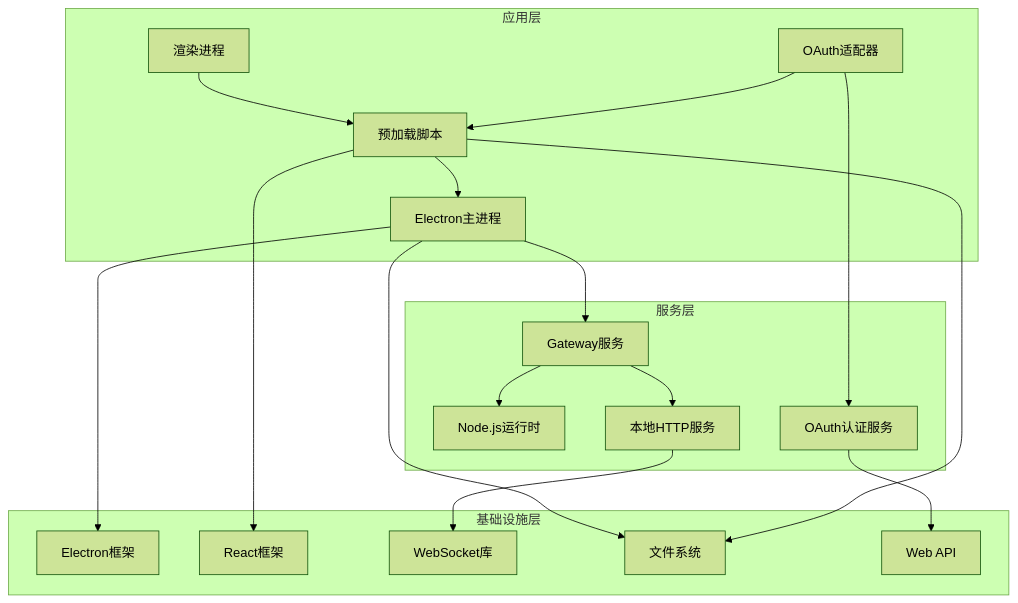
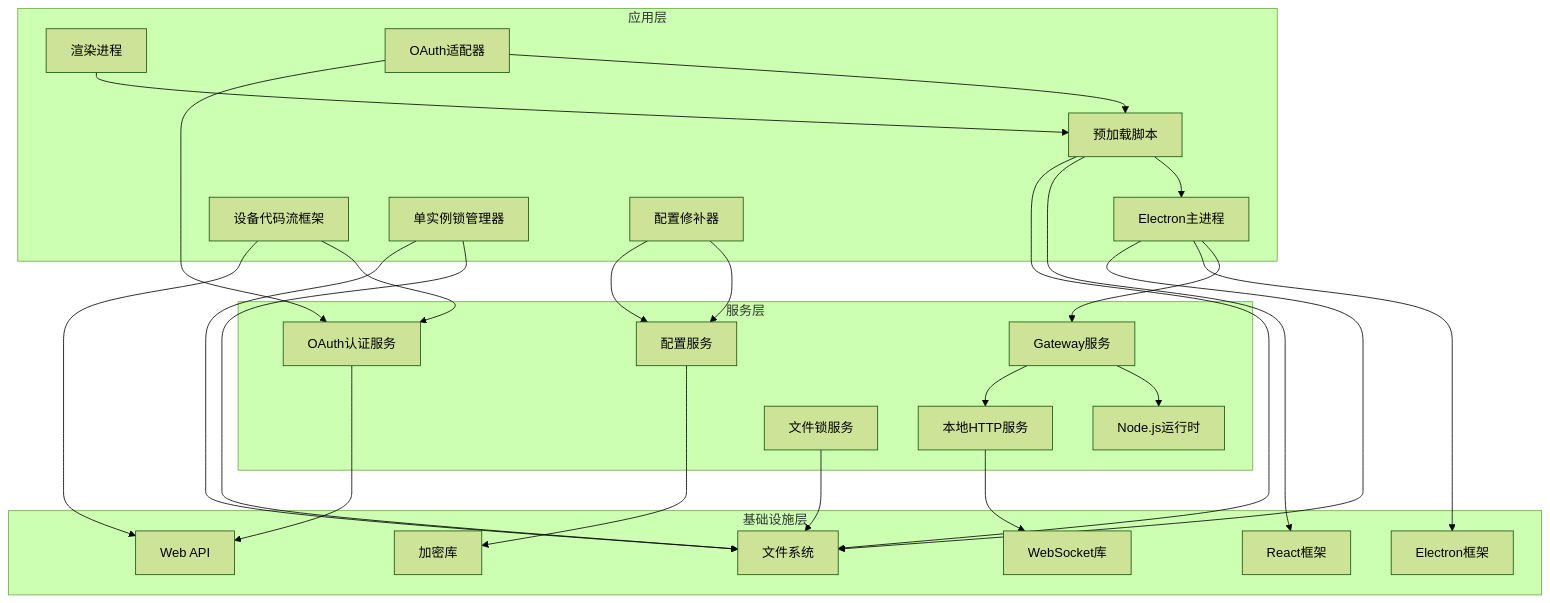
One commit to verse-ai-org/openclaw changed diagram 19 of 19 in .qoder/repowiki/zh/content/核心概念/Electron应用增强.md. Above: the diagram before and after it, drawn with Mermaid (forest theme). The commit also changed other lines of this file and 19 other files, not shown here.

````diff
--- a/.qoder/repowiki/zh/content/核心概念/Electron应用增强.md
+++ b/.qoder/repowiki/zh/content/核心概念/Electron应用增强.md
@@ -458,35 +742,49 @@
 ```mermaid
 graph TB
 subgraph "应用层"
 A[Electron主进程]
 B[预加载脚本]
 C[渲染进程]
 D[OAuth适配器]
+E[设备代码流框架]
+F[单实例锁管理器]
+G[配置修补器]
 end
 subgraph "服务层"
-E[Gateway服务]
-F[Node.js运行时]
-G[本地HTTP服务]
-H[OAuth认证服务]
+H[Gateway服务]
+I[Node.js运行时]
+J[本地HTTP服务]
+K[OAuth认证服务]
+L[文件锁服务]
+M[配置服务]
 end
 subgraph "基础设施层"
-I[Electron框架]
-J[React框架]
-K[WebSocket库]
-L[文件系统]
-M[Web API]
+N[Electron框架]
+O[React框架]
+P[WebSocket库]
+Q[文件系统]
+R[Web API]
+S[加密库]
 end
-A --> E
-A --> I
+A --> H
+A --> N
 B --> A
-B --> J
+B --> O
 C --> B
 D --> B
-E --> F
-E --> G
-G --> K
-H --> M
-A --> L
-B --> L
-D --> H
+E --> K
+F --> Q
+G --> M
+H --> I
+H --> J
+J --> P
+K --> R
+L --> Q
+M --> S
+A --> Q
+B --> Q
+D --> K
+E --> R
+F --> Q
+G --> M
 ```
````
